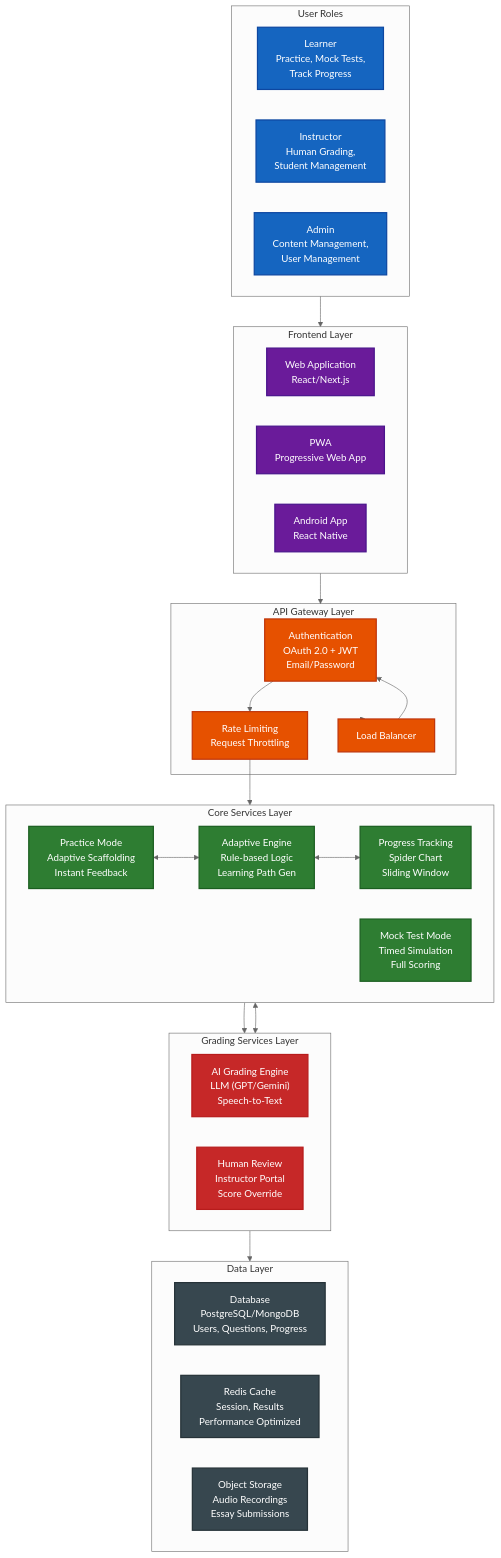
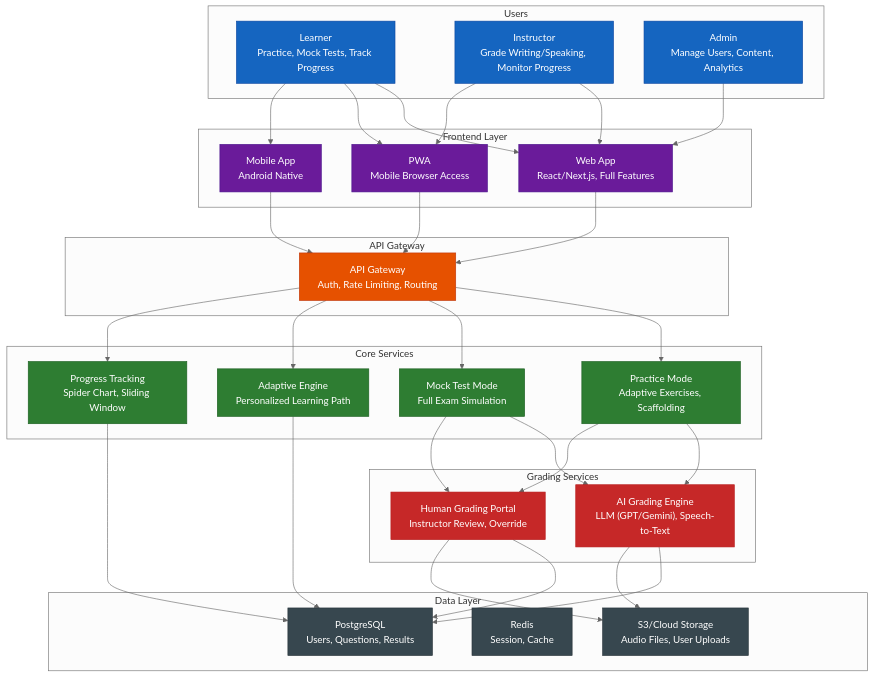
Before and after one commit to nghyane/VSTEP: the first of 8 diagrams in docs/capstone/diagrams/flow-diagrams.md, drawn with Mermaid (neutral theme). The commit also changed other lines of this file and 1 other file, not shown here.

First line of the commit message:
docs: split flow diagrams into English and Vietnamese versions

````diff
--- a/docs/capstone/diagrams/flow-diagrams.md
+++ b/docs/capstone/diagrams/flow-diagrams.md
@@ -11,67 +5,74 @@
 ```mermaid
 flowchart TB
-    subgraph Users["User Roles"]
-        learner["Learner<br/>Practice, Mock Tests,<br/>Track Progress"]
-        instructor["Instructor<br/>Human Grading,<br/>Student Management"]
-        admin["Admin<br/>Content Management,<br/>User Management"]
+    subgraph Users ["Users"]
+        L["Learner<br/>Practice, Mock Tests, Track Progress"]
+        I["Instructor<br/>Grade Writing/Speaking, Monitor Progress"]
+        A["Admin<br/>Manage Users, Content, Analytics"]
     end
 
-    subgraph Frontend["Frontend Layer"]
-        web["Web Application<br/>React/Next.js"]
-        pwa["PWA<br/>Progressive Web App"]
-        mobile["Android App<br/>React Native"]
+    subgraph Frontend ["Frontend Layer"]
+        W["Web App<br/>React/Next.js, Full Features"]
+        P["PWA<br/>Mobile Browser Access"]
+        M["Mobile App<br/>Android Native"]
     end
 
-    subgraph Gateway["API Gateway Layer"]
-        auth["Authentication<br/>OAuth 2.0 + JWT<br/>Email/Password"]
-        rate["Rate Limiting<br/>Request Throttling"]
-        load["Load Balancer"]
+    subgraph Gateway ["API Gateway"]
+        G["API Gateway<br/>Auth, Rate Limiting, Routing"]
     end
 
-    subgraph Core["Core Services Layer"]
-        practice["Practice Mode<br/>Adaptive Scaffolding<br/>Instant Feedback"]
-        mocktest["Mock Test Mode<br/>Timed Simulation<br/>Full Scoring"]
-        adaptive["Adaptive Engine<br/>Rule-based Logic<br/>Learning Path Gen"]
-        progress["Progress Tracking<br/>Spider Chart<br/>Sliding Window"]
+    subgraph Core ["Core Services"]
+        PM["Practice Mode<br/>Adaptive Exercises, Scaffolding"]
+        MM["Mock Test Mode<br/>Full Exam Simulation"]
+        AE["Adaptive Engine<br/>Personalized Learning Path"]
+        PT["Progress Tracking<br/>Spider Chart, Sliding Window"]
     end
 
-    subgraph Grading["Grading Services Layer"]
-        ai["AI Grading Engine<br/>LLM (GPT/Gemini)<br/>Speech-to-Text"]
-        human["Human Review<br/>Instructor Portal<br/>Score Override"]
+    subgraph Grading ["Grading Services"]
+        AI["AI Grading Engine<br/>LLM (GPT/Gemini), Speech-to-Text"]
+        HG["Human Grading Portal<br/>Instructor Review, Override"]
     end
 
-    subgraph Data["Data Layer"]
-        db["Database<br/>PostgreSQL/MongoDB<br/>Users, Questions, Progress"]
-        cache["Redis Cache<br/>Session, Results<br/>Performance Optimized"]
-        storage["Object Storage<br/>Audio Recordings<br/>Essay Submissions"]
+    subgraph Data ["Data Layer"]
+        DB["PostgreSQL<br/>Users, Questions, Results"]
+        C["Redis<br/>Session, Cache"]
+        F["S3/Cloud Storage<br/>Audio Files, User Uploads"]
     end
 
-    %% Relationships
-    Users --> Frontend
-    Frontend --> Gateway
-    Gateway --> load
-    load --> auth
-    auth --> rate
-    rate --> Core
-    Core --> Grading
-    Grading --> Data
-    
-    Core <--> Grading
-    practice <--> adaptive
-    adaptive <--> progress
+    classDef users fill:#1565c0,stroke:#0d47a1,color:#fff
+    classDef frontend fill:#6a1b9a,stroke:#4a148c,color:#fff
+    classDef gateway fill:#e65100,stroke:#bf360c,color:#fff
+    classDef core fill:#2e7d32,stroke:#1b5e20,color:#fff
+    classDef grading fill:#c62828,stroke:#b71c1c,color:#fff
+    classDef data fill:#37474f,stroke:#263238,color:#fff
 
-    %% Styling
-    classDef users fill:#1565c0,stroke:#0d47a1,stroke-width:2px,color:#fff
-    classDef frontend fill:#6a1b9a,stroke:#4a148c,stroke-width:2px,color:#fff
-    classDef gateway fill:#e65100,stroke:#bf360c,stroke-width:2px,color:#fff
-    classDef core fill:#2e7d32,stroke:#1b5e20,stroke-width:2px,color:#fff
-    classDef grading fill:#c62828,stroke:#b71c1c,stroke-width:2px,color:#fff
-    classDef data fill:#37474f,stroke:#263238,stroke-width:2px,color:#fff
+    class L,I,A users
+    class W,P,M frontend
+    class G gateway
+    class PM,MM,AE,PT core
+    class AI,HG grading
+    class DB,C,F data
 
-    class learner,instructor,admin users
-    class web,pwa,mobile frontend
-    class auth,rate,load gateway
-    class practice,mocktest,adaptive,progress core
-    class ai,human grading
-    class db,cache,storage data
+    L --> W
+    L --> P
+    L --> M
+    I --> W
+    I --> P
+    A --> W
+    W --> G
+    P --> G
+    M --> G
+    G --> PM
+    G --> MM
+    G --> AE
+    G --> PT
+    PM --> AI
+    MM --> AI
+    MM --> HG
+    PM --> HG
+    AI --> DB
+    HG --> DB
+    AE --> DB
+    PT --> DB
+    AI --> F
+    HG --> F
 ```
````
